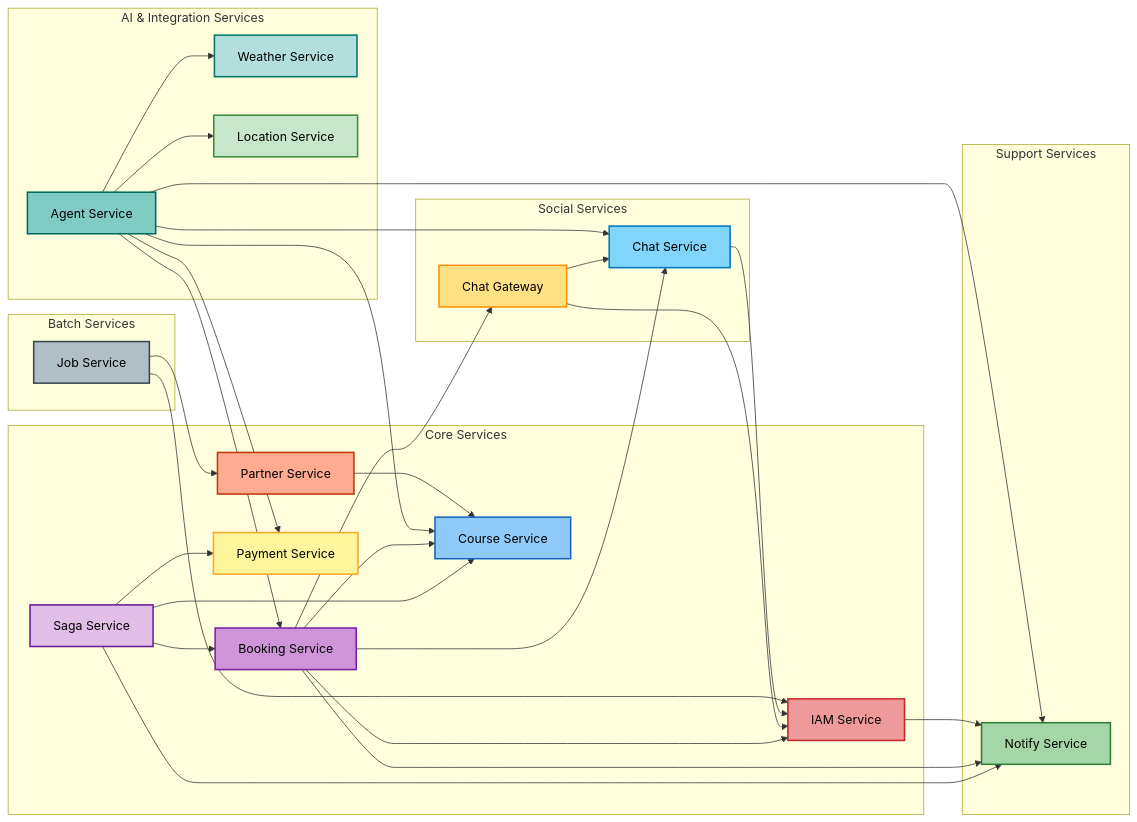
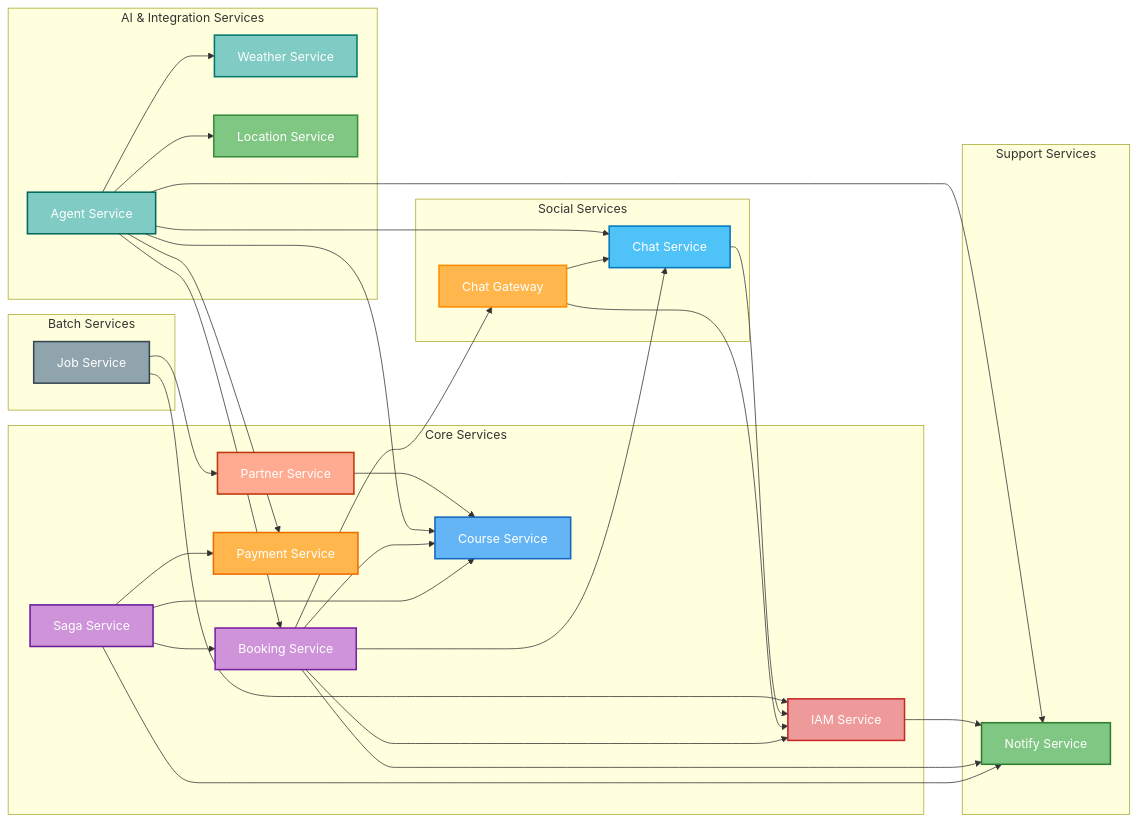
The second of 7 diagrams in docs/architecture/SYSTEM.md (uniyous/parkgolf-platform), drawn with Mermaid before and after one commit. The commit also changed other lines of this file and 5 other files, not shown here.

First line of the commit message:
docs: 다이어그램 체계 정비 및 문서 개선

````diff
--- a/docs/architecture/SYSTEM.md
+++ b/docs/architecture/SYSTEM.md
@@ -185,68 +175,68 @@
 ```mermaid
 graph LR
-    subgraph "Core Services"
-        IAM[IAM Service]
-        COURSE[Course Service]
-        BOOK[Booking Service]
-        SAGA[Saga Service]
-        PAY[Payment Service]
-        PARTNER[Partner Service]
-    end
+  style IAM fill:#ef9a9a,stroke:#c62828,stroke-width:2px,color:#fff
+  style COURSE fill:#64b5f6,stroke:#1565c0,stroke-width:2px,color:#fff
+  style BOOK fill:#ce93d8,stroke:#7b1fa2,stroke-width:2px,color:#fff
+  style SAGA fill:#ce93d8,stroke:#6a1b9a,stroke-width:2px,color:#fff
+  style PAY fill:#ffb74d,stroke:#ef6c00,stroke-width:2px,color:#fff
+  style PARTNER fill:#ffab91,stroke:#bf360c,stroke-width:2px,color:#fff
+  style CHAT fill:#4fc3f7,stroke:#0277bd,stroke-width:2px,color:#fff
+  style CHATGW fill:#ffb74d,stroke:#ff8f00,stroke-width:2px,color:#fff
+  style NOTIFY fill:#81c784,stroke:#2e7d32,stroke-width:2px,color:#fff
+  style AGENT fill:#80cbc4,stroke:#00695c,stroke-width:2px,color:#fff
+  style WEATHER fill:#80cbc4,stroke:#00796b,stroke-width:2px,color:#fff
+  style LOCATION fill:#81c784,stroke:#388e3c,stroke-width:2px,color:#fff
+  style JOB fill:#90a4ae,stroke:#37474f,stroke-width:2px,color:#fff
 
-    subgraph "Social Services"
-        CHAT[Chat Service]
-        CHATGW[Chat Gateway]
-    end
+  subgraph CoreServices["Core Services"]
+    IAM["IAM Service"]
+    COURSE["Course Service"]
+    BOOK["Booking Service"]
+    SAGA["Saga Service"]
+    PAY["Payment Service"]
+    PARTNER["Partner Service"]
+  end
 
-    subgraph "Support Services"
-        NOTIFY[Notify Service]
-    end
+  subgraph SocialServices["Social Services"]
+    CHAT["Chat Service"]
+    CHATGW["Chat Gateway"]
+  end
 
-    subgraph "AI & Integration Services"
-        AGENT[Agent Service]
-        WEATHER[Weather Service]
-        LOCATION[Location Service]
-    end
+  subgraph SupportServices["Support Services"]
+    NOTIFY["Notify Service"]
+  end
 
-    subgraph "Batch Services"
-        JOB[Job Service]
-    end
+  subgraph AIServices["AI & Integration Services"]
+    AGENT["Agent Service"]
+    WEATHER["Weather Service"]
+    LOCATION["Location Service"]
+  end
 
-    SAGA --> BOOK
-    SAGA --> COURSE
-    SAGA --> PAY
-    SAGA --> NOTIFY
-    BOOK --> IAM
-    BOOK --> COURSE
-    BOOK --> NOTIFY
-    IAM --> NOTIFY
-    CHATGW --> CHAT
-    CHATGW --> IAM
-    CHAT --> IAM
-    AGENT --> COURSE
-    AGENT --> BOOK
-    AGENT --> PAY
-    AGENT --> WEATHER
-    AGENT --> LOCATION
-    AGENT --> CHAT
-    AGENT --> NOTIFY
-    BOOK --> CHAT
-    BOOK --> CHATGW
-    PARTNER --> COURSE
-    JOB --> PARTNER
-    JOB --> IAM
+  subgraph BatchServices["Batch Services"]
+    JOB["Job Service"]
+  end
 
-    style IAM fill:#ef9a9a,stroke:#c62828,stroke-width:2px,color:#000
-    style COURSE fill:#90caf9,stroke:#1565c0,stroke-width:2px,color:#000
-    style BOOK fill:#ce93d8,stroke:#7b1fa2,stroke-width:2px,color:#000
-    style SAGA fill:#e1bee7,stroke:#6a1b9a,stroke-width:2px,color:#000
-    style PAY fill:#fff59d,stroke:#f9a825,stroke-width:2px,color:#000
-    style NOTIFY fill:#a5d6a7,stroke:#2e7d32,stroke-width:2px,color:#000
-    style CHAT fill:#81d4fa,stroke:#0277bd,stroke-width:2px,color:#000
-    style CHATGW fill:#ffe082,stroke:#ff8f00,stroke-width:2px,color:#000
-    style AGENT fill:#80cbc4,stroke:#00695c,stroke-width:2px,color:#000
-    style WEATHER fill:#b2dfdb,stroke:#00796b,stroke-width:2px,color:#000
-    style LOCATION fill:#c8e6c9,stroke:#388e3c,stroke-width:2px,color:#000
-    style PARTNER fill:#ffab91,stroke:#bf360c,stroke-width:2px,color:#000
-    style JOB fill:#b0bec5,stroke:#37474f,stroke-width:2px,color:#000
+  SAGA --> BOOK
+  SAGA --> COURSE
+  SAGA --> PAY
+  SAGA --> NOTIFY
+  BOOK --> IAM
+  BOOK --> COURSE
+  BOOK --> NOTIFY
+  IAM --> NOTIFY
+  CHATGW --> CHAT
+  CHATGW --> IAM
+  CHAT --> IAM
+  AGENT --> COURSE
+  AGENT --> BOOK
+  AGENT --> PAY
+  AGENT --> WEATHER
+  AGENT --> LOCATION
+  AGENT --> CHAT
+  AGENT --> NOTIFY
+  BOOK --> CHAT
+  BOOK --> CHATGW
+  PARTNER --> COURSE
+  JOB --> PARTNER
+  JOB --> IAM
 ```
````
